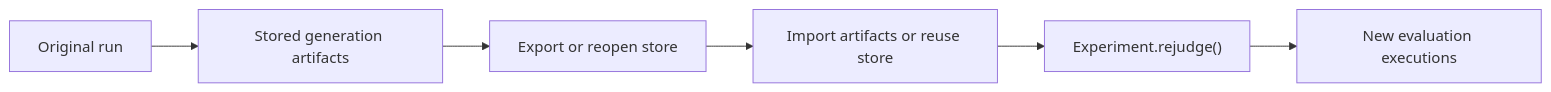
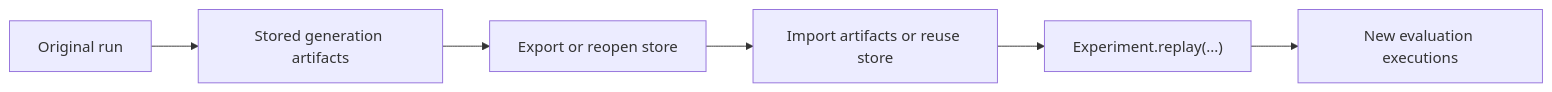
The diagram in docs/explanation/reproducibility-and-rejudge.md (Pittawat2542/themis), drawn with Mermaid before and after one commit. The commit also changed other lines of this file and 23 other files, not shown here.

Commit message:
docs(architecture): align v4 plan and public docs with final model

````diff
--- a/docs/explanation/reproducibility-and-rejudge.md
+++ b/docs/explanation/reproducibility-and-rejudge.md
@@ -20,8 +20,8 @@
 ```mermaid
 flowchart LR
     A["Original run"] --> B["Stored generation artifacts"]
     B --> C["Export or reopen store"]
     C --> D["Import artifacts or reuse store"]
-    D --> E["Experiment.rejudge()"]
+    D --> E["Experiment.replay(...)"]
     E --> F["New evaluation executions"]
 ```
````
